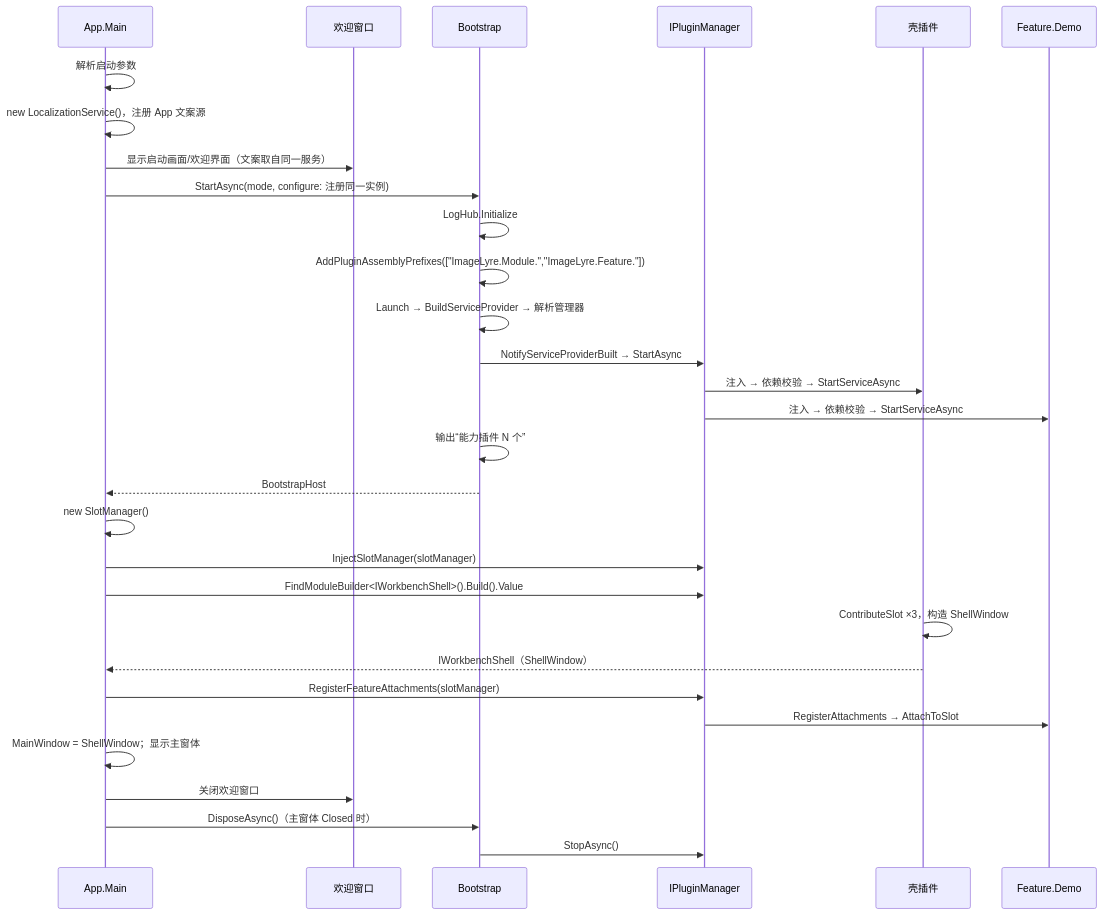
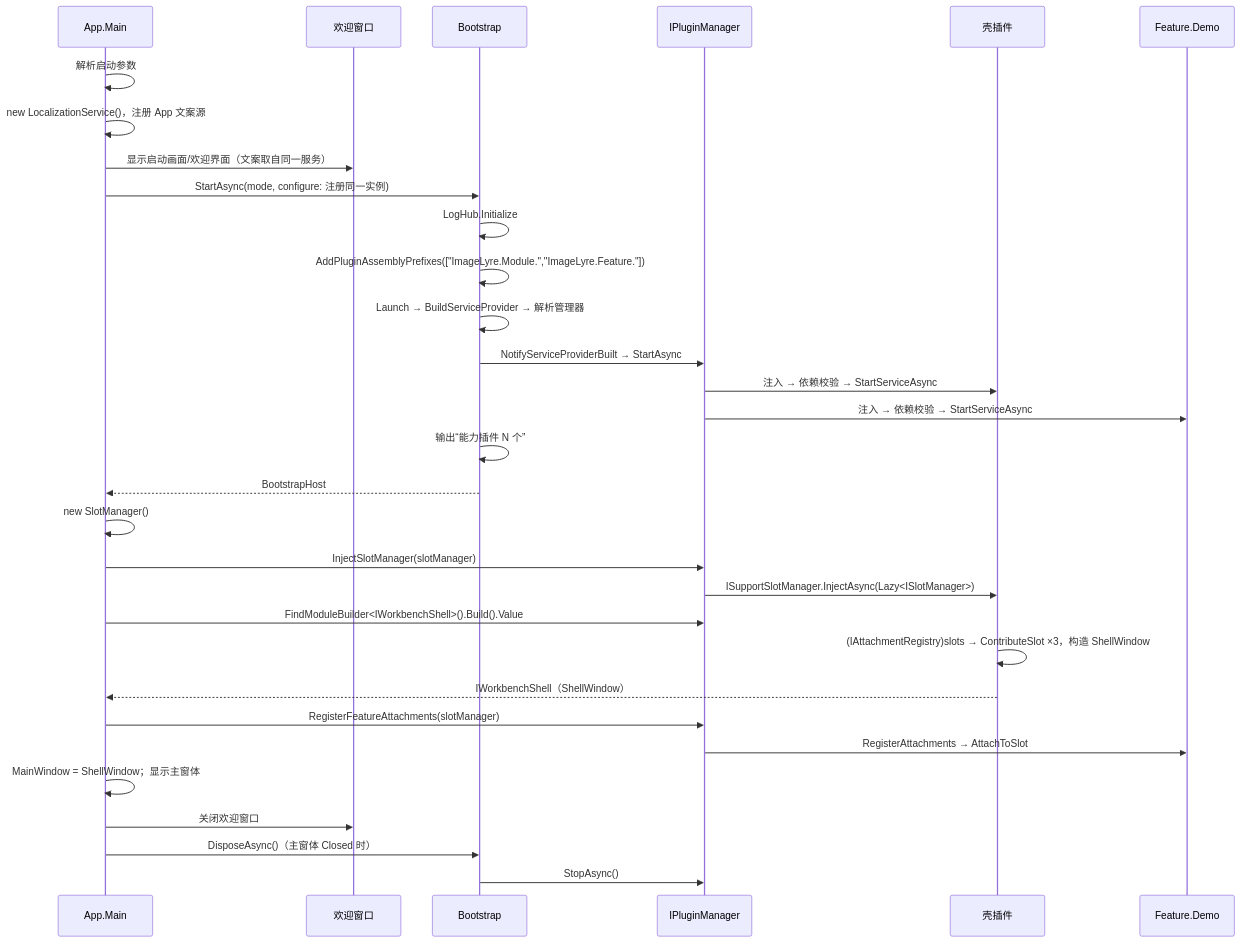
One commit to xknife-erian/ImageLyre changed the second of 2 diagrams in docs/design/lukan/DESIGN-0001-M1-插件骨架.md. Above: the diagram before and after it, drawn with Mermaid. The commit also changed other lines of this file, not shown here.

````diff
--- a/docs/design/lukan/DESIGN-0001-M1-插件骨架.md
+++ b/docs/design/lukan/DESIGN-0001-M1-插件骨架.md
@@ -113,33 +125,34 @@
 ```mermaid
 sequenceDiagram
     participant Entry as App.Main
     participant Welcome as 欢迎窗口
     participant Boot as Bootstrap
     participant Mgr as IPluginManager
     participant Shell as 壳插件
     participant Feat as Feature.Demo
 
     Entry->>Entry: 解析启动参数
     Entry->>Entry: new LocalizationService()，注册 App 文案源
     Entry->>Welcome: 显示启动画面/欢迎界面（文案取自同一服务）
     Entry->>Boot: StartAsync(mode, configure: 注册同一实例)
     Boot->>Boot: LogHub.Initialize
     Boot->>Boot: AddPluginAssemblyPrefixes(["ImageLyre.Module.","ImageLyre.Feature."])
     Boot->>Boot: Launch → BuildServiceProvider → 解析管理器
     Boot->>Mgr: NotifyServiceProviderBuilt → StartAsync
     Mgr->>Shell: 注入 → 依赖校验 → StartServiceAsync
     Mgr->>Feat: 注入 → 依赖校验 → StartServiceAsync
     Boot->>Boot: 输出“能力插件 N 个”
     Boot-->>Entry: BootstrapHost
     Entry->>Entry: new SlotManager()
     Entry->>Mgr: InjectSlotManager(slotManager)
+    Mgr->>Shell: ISupportSlotManager.InjectAsync(Lazy<ISlotManager>)
     Entry->>Mgr: FindModuleBuilder<IWorkbenchShell>().Build().Value
-    Shell->>Shell: ContributeSlot ×3，构造 ShellWindow
+    Shell->>Shell: (IAttachmentRegistry)slots → ContributeSlot ×3，构造 ShellWindow
     Shell-->>Entry: IWorkbenchShell（ShellWindow）
     Entry->>Mgr: RegisterFeatureAttachments(slotManager)
     Mgr->>Feat: RegisterAttachments → AttachToSlot
     Entry->>Entry: MainWindow = ShellWindow；显示主窗体
     Entry->>Welcome: 关闭欢迎窗口
     Entry->>Boot: DisposeAsync()（主窗体 Closed 时）
     Boot->>Mgr: StopAsync()
 ```
````
